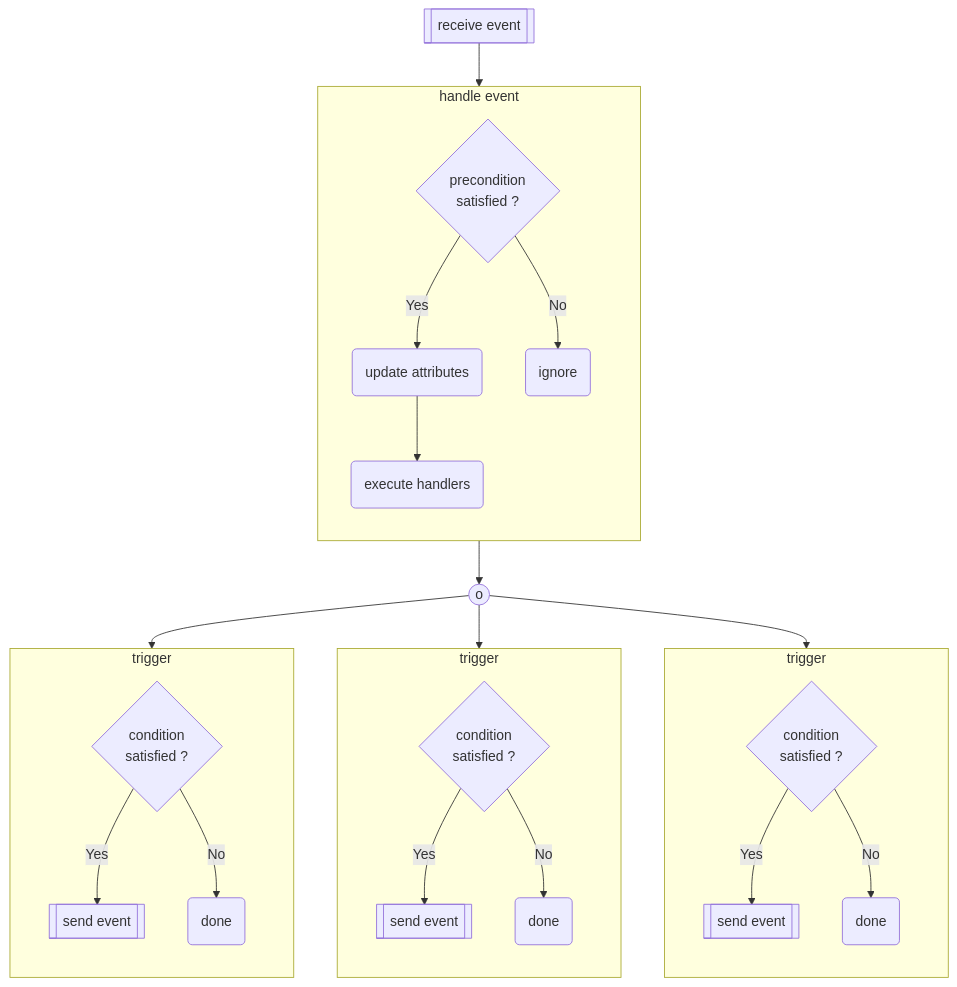
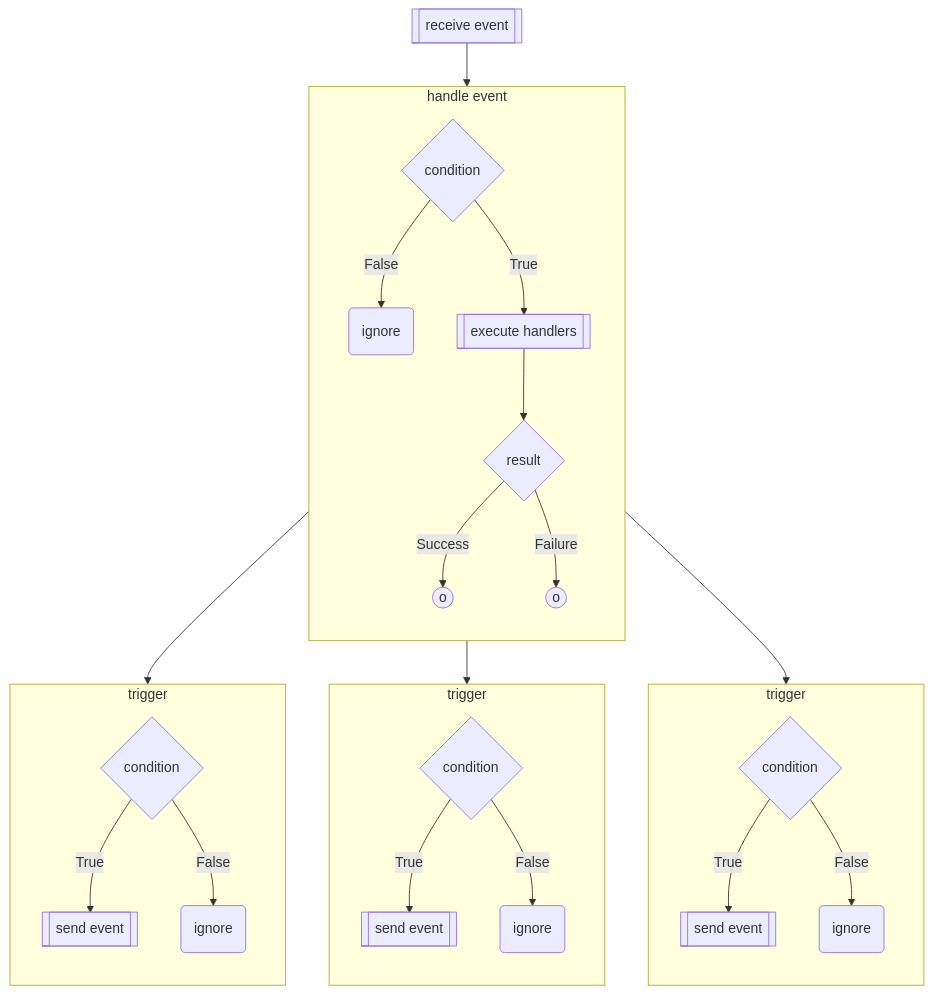
Before and after one commit to oasis-tcs/tosca-specs: the first of 4 diagrams in 2_0/events.md, drawn with Mermaid. The commit also changed other lines of this file, not shown here.

Commit message:
Update "pattern" diagram

````diff
--- a/2_0/events.md
+++ b/2_0/events.md
@@ -107,34 +102,35 @@
 ```mermaid
 flowchart TB
     A[[receive event]]
     A --> S0
     subgraph S0 [handle event]
       direction TB
-      B{precondition<br>satisfied ?}
-      B --> |Yes| D(update attributes)
-      D --> E(execute handlers)
-      B --> |No| C(ignore)
+      B{condition}
+      B --> |False| C(ignore)
+      B --> |True| E[[execute handlers]]
+      E --> F{result}
+      F --> |Success| S00((o))
+      F --> |Failure| S01((o))
     end
-    S0 --> S00((o))
     S00 --> S1
     S00 --> S2
-    S00 --> S3
+    S01 --> S3
     subgraph S1 [trigger]
       direction TB
-      F1{condition<br>satisfied ?}
-      F1 --> |Yes| G1[[send event]]
-      F1 --> |No| H1(done)
+      F1{condition}
+      F1 --> |True| G1[[send event]]
+      F1 --> |False| H1(ignore)
     end
     subgraph S2 [trigger]
       direction TB
-      F2{condition<br>satisfied ?}
-      F2 --> |Yes| G2[[send event]]
-      F2 --> |No| H2(done)
+      F2{condition}
+      F2 --> |True| G2[[send event]]
+      F2 --> |False| H2(ignore)
     end
     subgraph S3 [trigger]
       direction TB
-      F3{condition<br>satisfied ?}
-      F3 --> |Yes| G3[[send event]]
-      F3 --> |No| H3(done)
+      F3{condition}
+      F3 --> |True| G3[[send event]]
+      F3 --> |False| H3(ignore)
     end
 ```
````
